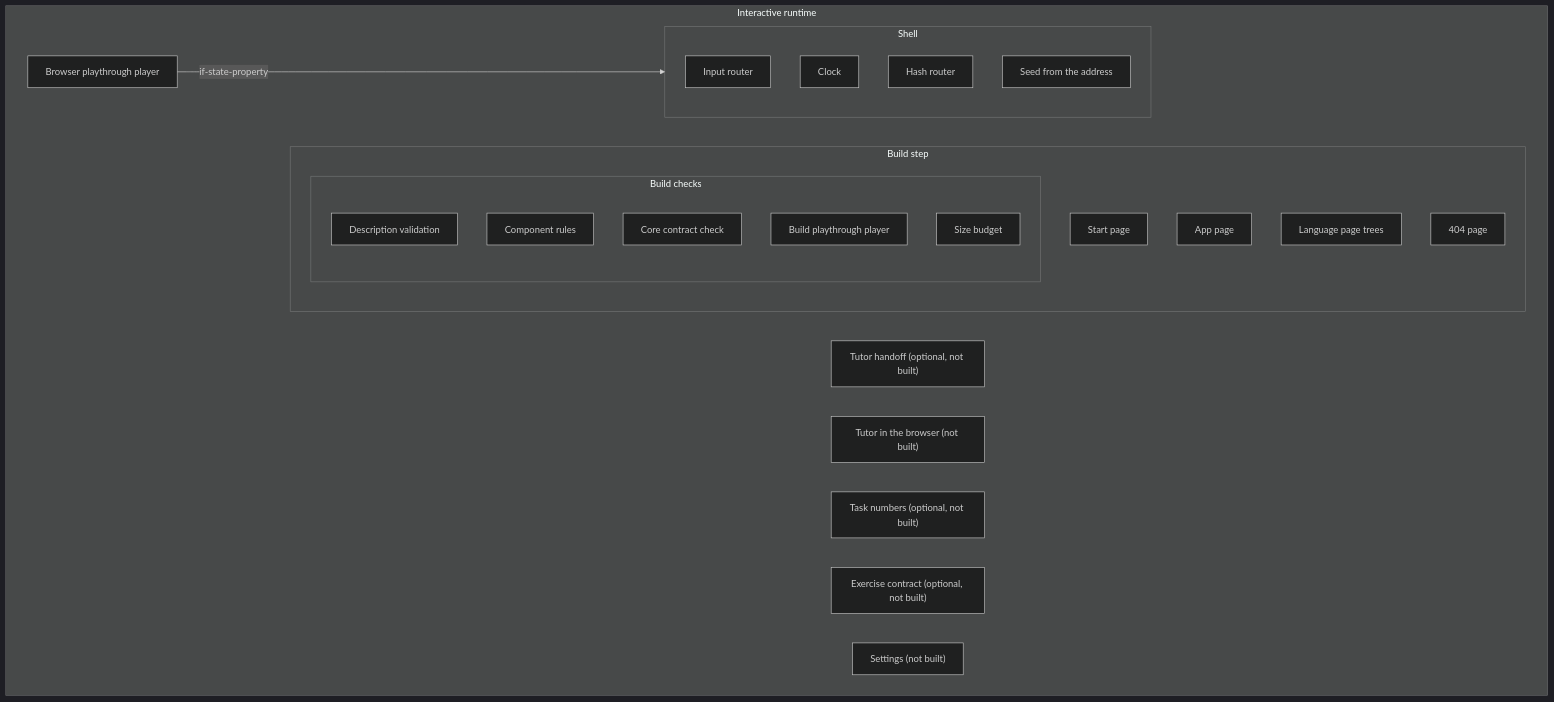
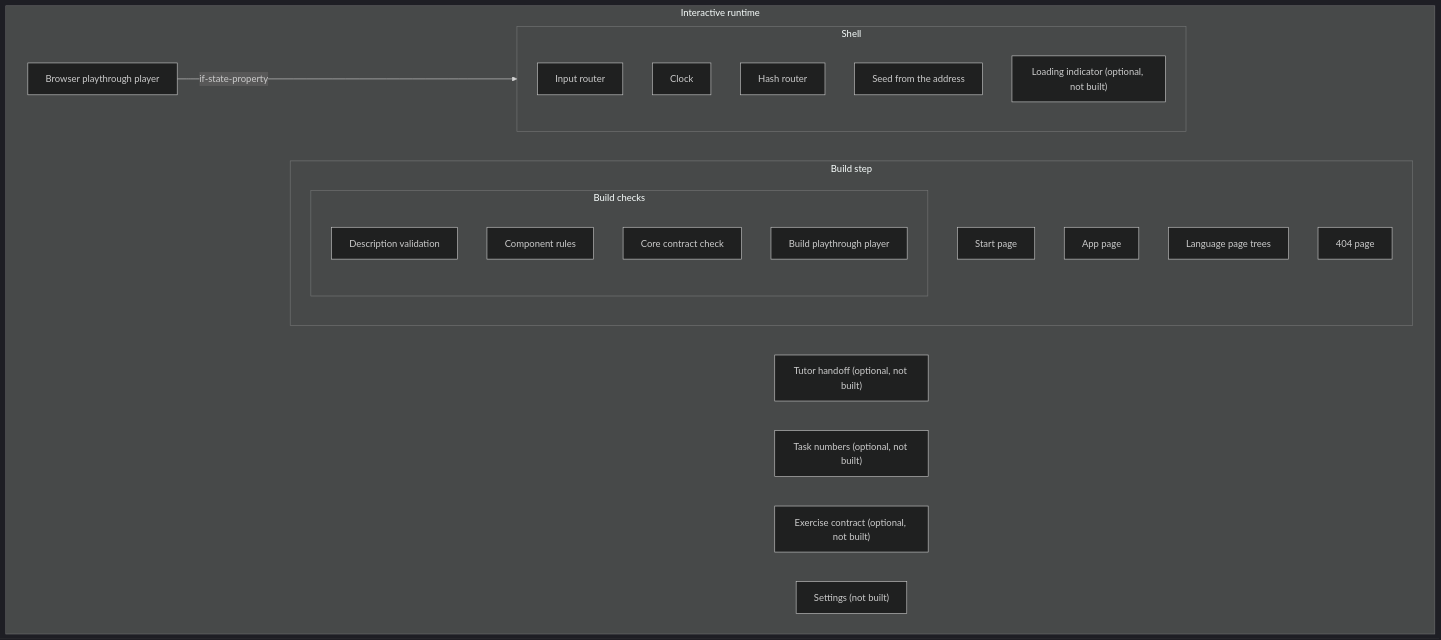
The second of 4 diagrams in interactive/docs/arc42/05-building-blocks.arc42.md (lernapps/app-templates), drawn with Mermaid (dark theme) before and after one commit. The commit also changed other lines of this file and 12 other files, not shown here.

First line of the commit message:
docs(interactive): the architecture after review

````diff
--- a/interactive/docs/arc42/05-building-blocks.arc42.md
+++ b/interactive/docs/arc42/05-building-blocks.arc42.md
@@ -47,31 +47,30 @@
 ```mermaid
 flowchart TB
     subgraph bb-runtime["Interactive runtime"]
         subgraph bb-build["Build step"]
             bb-start-page["Start page"]
             bb-app-page["App page"]
             bb-page-tree["Language page trees"]
             bb-not-found-page["404 page"]
             subgraph bb-build-checks["Build checks"]
                 bb-app-validation["Description validation"]
                 bb-component-rules["Component rules"]
                 bb-core-check["Core contract check"]
                 bb-build-playthroughs["Build playthrough player"]
-                bb-size-budget["Size budget"]
             end
         end
         subgraph bb-shell["Shell"]
             bb-input-router["Input router"]
             bb-clock["Clock"]
             bb-hash-router["Hash router"]
             bb-seed["Seed from the address"]
+            bb-loading-indicator["Loading indicator (optional, not built)"]
         end
         bb-browser-playthroughs["Browser playthrough player"]
         bb-tutor-handoff["Tutor handoff (optional, not built)"]
-        bb-tutor-in-browser["Tutor in the browser (not built)"]
         bb-task-numbers["Task numbers (optional, not built)"]
         bb-exercise-contract["Exercise contract (optional, not built)"]
         bb-settings["Settings (not built)"]
     end
     bb-browser-playthroughs -->|"if-state-property"| bb-shell
 ```
````
